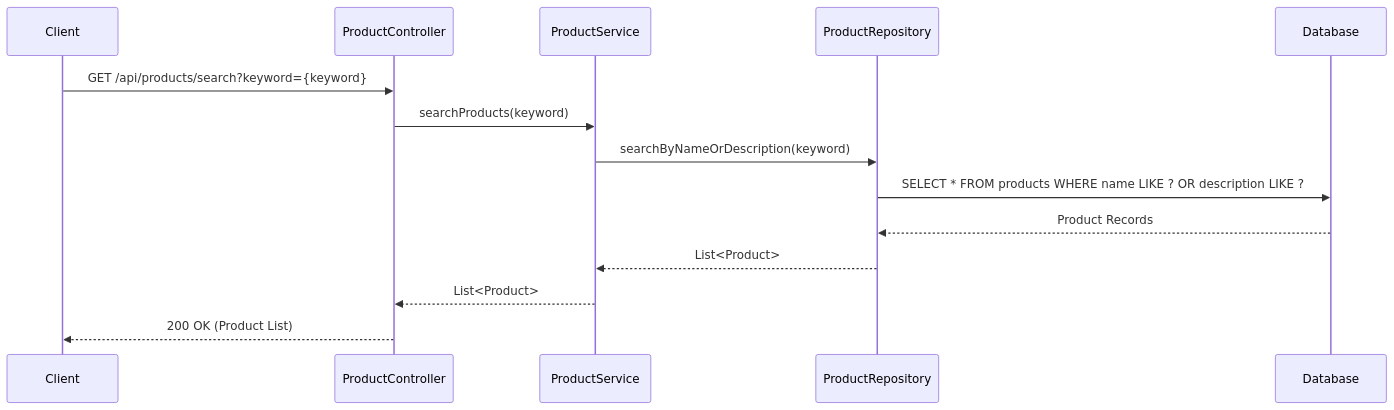
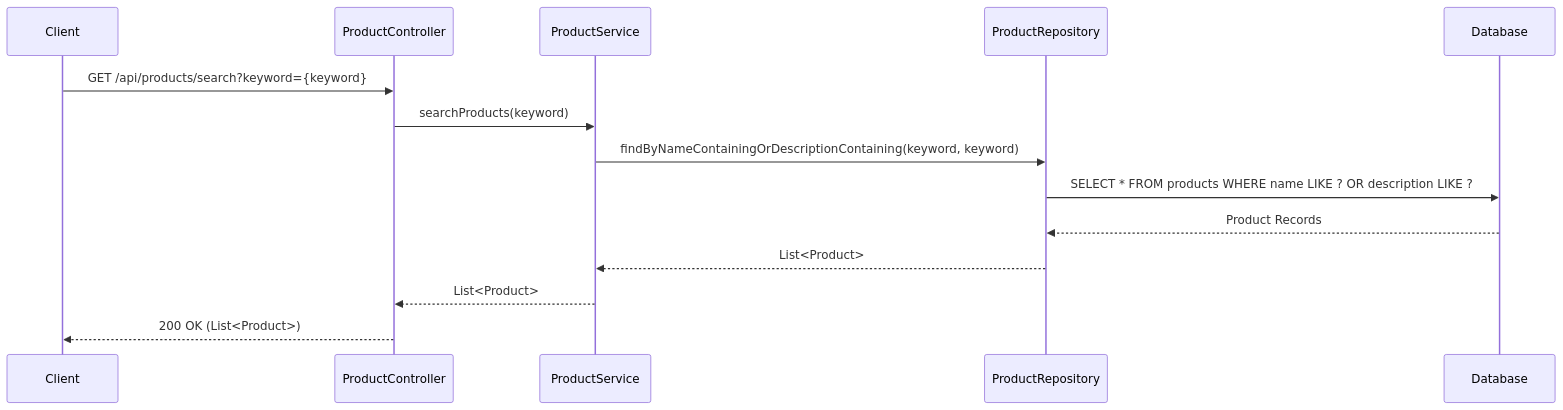
Before and after one commit to NavneetBN47/aava-ecom-demo: the ninth of 13 diagrams in docs/LLD/modified_lld.md, drawn with Mermaid. The commit also changed other lines of this file, not shown here.

````diff
--- a/docs/LLD/modified_lld.md
+++ b/docs/LLD/modified_lld.md
@@ -352,17 +322,17 @@
 ```mermaid
 sequenceDiagram
     participant Client
     participant ProductController
     participant ProductService
     participant ProductRepository
     participant Database
 
     Client->>ProductController: GET /api/products/search?keyword={keyword}
     ProductController->>ProductService: searchProducts(keyword)
-    ProductService->>ProductRepository: searchByNameOrDescription(keyword)
+    ProductService->>ProductRepository: findByNameContainingOrDescriptionContaining(keyword, keyword)
     ProductRepository->>Database: SELECT * FROM products WHERE name LIKE ? OR description LIKE ?
     Database-->>ProductRepository: Product Records
     ProductRepository-->>ProductService: List<Product>
     ProductService-->>ProductController: List<Product>
-    ProductController-->>Client: 200 OK (Product List)
+    ProductController-->>Client: 200 OK (List<Product>)
 ```
````
